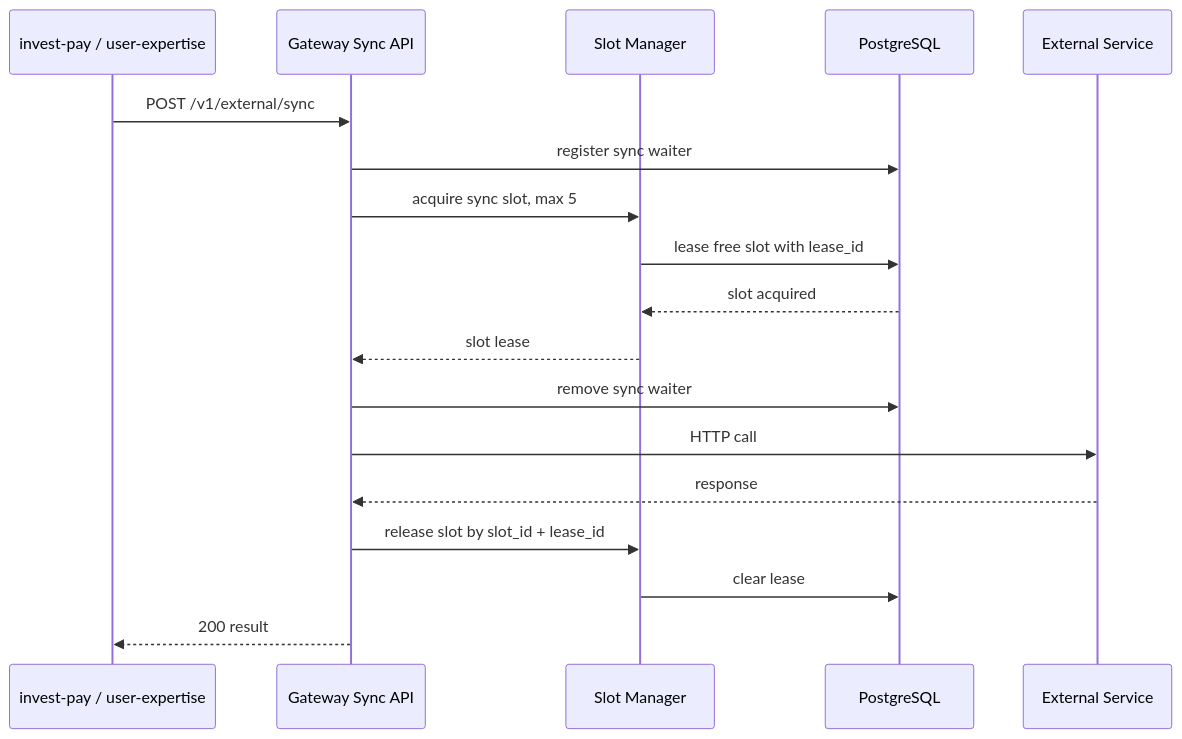
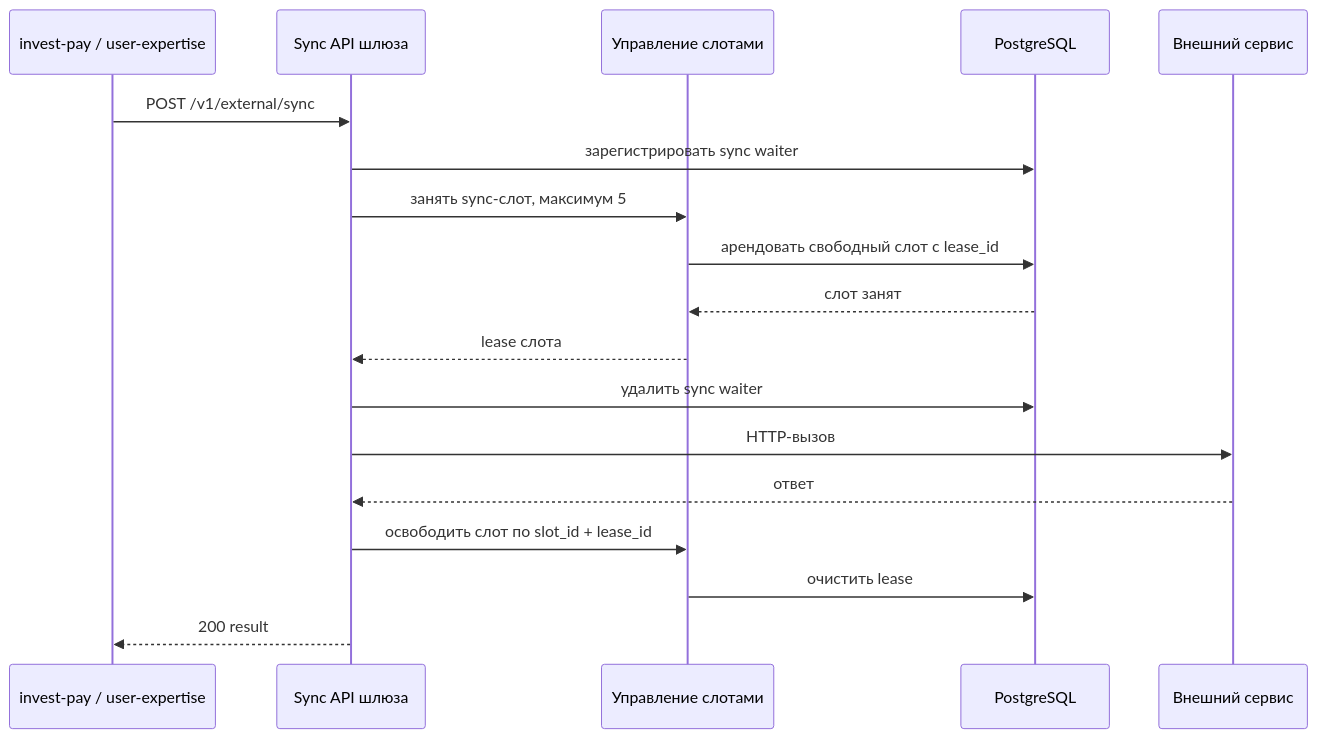
One commit to DenisVanin4402/TestQwenCli changed the fourth of 7 diagrams in docs/external-service-gateway/c4-architecture.md. Above: the diagram before and after it, drawn with Mermaid. The commit also changed other lines of this file and 17 other files, not shown here.

Commit message:
sync\async api (first init) - rus

````diff
--- a/docs/external-service-gateway/c4-architecture.md
+++ b/docs/external-service-gateway/c4-architecture.md
@@ -117,21 +117,21 @@
 ```mermaid
 sequenceDiagram
     participant Client as invest-pay / user-expertise
-    participant API as Gateway Sync API
-    participant Slots as Slot Manager
+    participant API as Sync API шлюза
+    participant Slots as Управление слотами
     participant DB as PostgreSQL
-    participant Upstream as External Service
+    participant Upstream as Внешний сервис
 
     Client->>API: POST /v1/external/sync
-    API->>DB: register sync waiter
-    API->>Slots: acquire sync slot, max 5
-    Slots->>DB: lease free slot with lease_id
-    DB-->>Slots: slot acquired
-    Slots-->>API: slot lease
-    API->>DB: remove sync waiter
-    API->>Upstream: HTTP call
-    Upstream-->>API: response
-    API->>Slots: release slot by slot_id + lease_id
-    Slots->>DB: clear lease
+    API->>DB: зарегистрировать sync waiter
+    API->>Slots: занять sync-слот, максимум 5
+    Slots->>DB: арендовать свободный слот с lease_id
+    DB-->>Slots: слот занят
+    Slots-->>API: lease слота
+    API->>DB: удалить sync waiter
+    API->>Upstream: HTTP-вызов
+    Upstream-->>API: ответ
+    API->>Slots: освободить слот по slot_id + lease_id
+    Slots->>DB: очистить lease
     API-->>Client: 200 result
 ```
````
